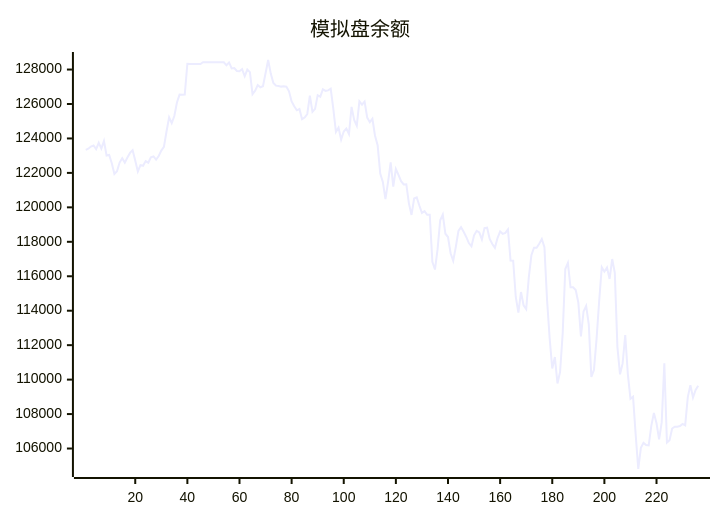
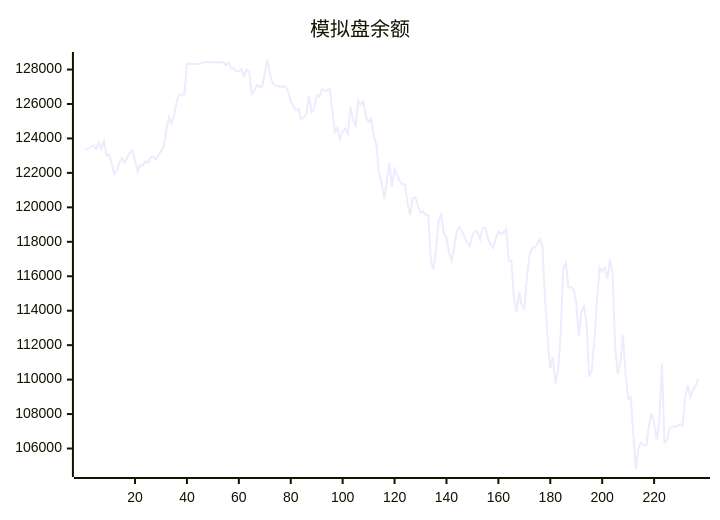
Before and after one commit to aahl/ai-trading: the diagram in README.md, drawn with Mermaid. The commit also changed other lines of this file and 1 other file, not shown here.

````diff
--- a/README.md
+++ b/README.md
@@ -5,5 +5,5 @@
 ```mermaid
 xychart
     title "模拟盘余额"
-    line [123338,123402,123530,123592,123378,123745,123413,123853,123009,123040,122557,121938,122095,122599,122856,122597,122898,123160,123319,122719,122087,122454,122416,122685,122592,122907,122961,122776,122981,123295,123507,124403,125224,124894,125303,126088,126544,126534,126549,128335,128318,128318,128318,128318,128318,128424,128424,128424,128424,128424,128424,128424,128424,128424,128247,128412,128062,128087,127917,127901,128026,127611,128000,127850,126572,126770,127100,126971,127029,127783,128554,127765,127224,127064,127044,127009,127025,127004,126738,126152,125871,125635,125707,125117,125217,125420,126480,125545,125715,126511,126424,126856,126764,126788,126890,125710,124381,124632,123936,124402,124574,124256,125833,125070,124739,126154,125966,126145,125213,124943,125143,124157,123604,121959,121476,120476,121470,122610,121201,122221,121889,121522,121332,121344,120232,119559,120513,120577,120108,119680,119777,119572,119568,116839,116392,117573,119250,119585,118469,118277,117338,116897,117706,118628,118849,118579,118280,117926,117735,118373,118639,118544,118136,118798,118819,118162,117874,117649,118215,118601,118463,118517,118713,116911,116899,114798,113887,115084,114313,114091,115934,117221,117658,117658,117883,118164,117693,114632,112403,110644,111313,109777,110444,112673,116419,116772,115355,115355,115198,114476,112510,113954,114276,113223,110151,110561,112361,114562,116522,116265,116500,115845,117000,116199,111887,110306,110942,112588,110318,108891,109011,106814,104811,106038,106327,106201,106180,107315,108068,107463,106528,107530,110941,106346,106482,107161,107268,107270,107302,107426,107340,108985,109681,108962,109404,109645]
+    line [123338,123402,123530,123592,123378,123745,123413,123853,123009,123040,122557,121938,122095,122599,122856,122597,122898,123160,123319,122719,122087,122454,122416,122685,122592,122907,122961,122776,122981,123295,123507,124403,125224,124894,125303,126088,126544,126534,126549,128335,128318,128318,128318,128318,128318,128424,128424,128424,128424,128424,128424,128424,128424,128424,128247,128412,128062,128087,127917,127901,128026,127611,128000,127850,126572,126770,127100,126971,127029,127783,128554,127765,127224,127064,127044,127009,127025,127004,126738,126152,125871,125635,125707,125117,125217,125420,126480,125545,125715,126511,126424,126856,126764,126788,126890,125710,124381,124632,123936,124402,124574,124256,125833,125070,124739,126154,125966,126145,125213,124943,125143,124157,123604,121959,121476,120476,121470,122610,121201,122221,121889,121522,121332,121344,120232,119559,120513,120577,120108,119680,119777,119572,119568,116839,116392,117573,119250,119585,118469,118277,117338,116897,117706,118628,118849,118579,118280,117926,117735,118373,118639,118544,118136,118798,118819,118162,117874,117649,118215,118601,118463,118517,118713,116911,116899,114798,113887,115084,114313,114091,115934,117221,117658,117658,117883,118164,117693,114632,112403,110644,111313,109777,110444,112673,116419,116772,115355,115355,115198,114476,112510,113954,114276,113223,110151,110561,112361,114562,116522,116265,116500,115845,117000,116199,111887,110306,110942,112588,110318,108891,109011,106814,104811,106038,106327,106201,106180,107315,108068,107463,106528,107530,110941,106346,106482,107161,107268,107270,107302,107426,107340,108985,109681,108962,109404,109645,110030]
 ```
````
